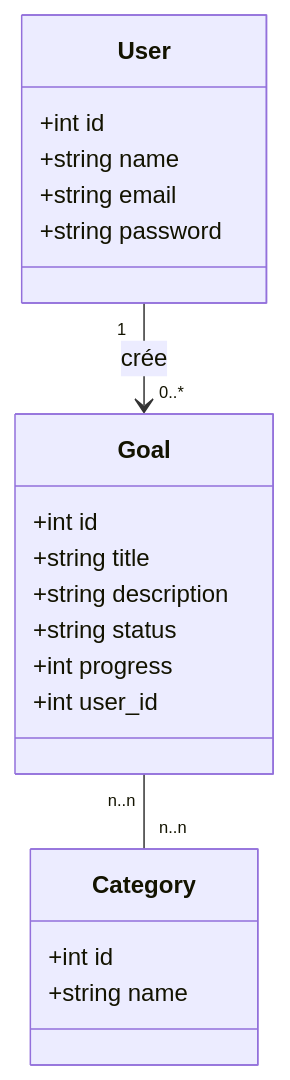
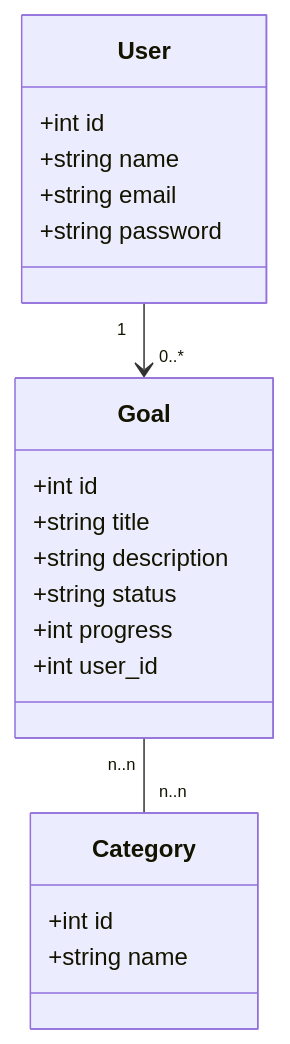
The diagram in README.md (abdelhaymallouli/Goals-Tracker), drawn with Mermaid before and after one commit.

Commit message:
docs: remove extraneous word 'crée' from User-Goal relationship description in README.

````diff
--- a/README.md
+++ b/README.md
@@ -81,28 +81,28 @@
 ```mermaid
 classDiagram
     class User {
         +int id
         +string name
         +string email
         +string password
     }
 
     class Goal {
         +int id
         +string title
         +string description
         +string status
         +int progress
         +int user_id
     }
 
     class Category {
         +int id
         +string name
     }
 
 
 
-    User "1" --> "0..*" Goal : crée
+    User "1" --> "0..*" Goal : 
     Goal "n..n" -- "n..n" Category : 
 ```
````
